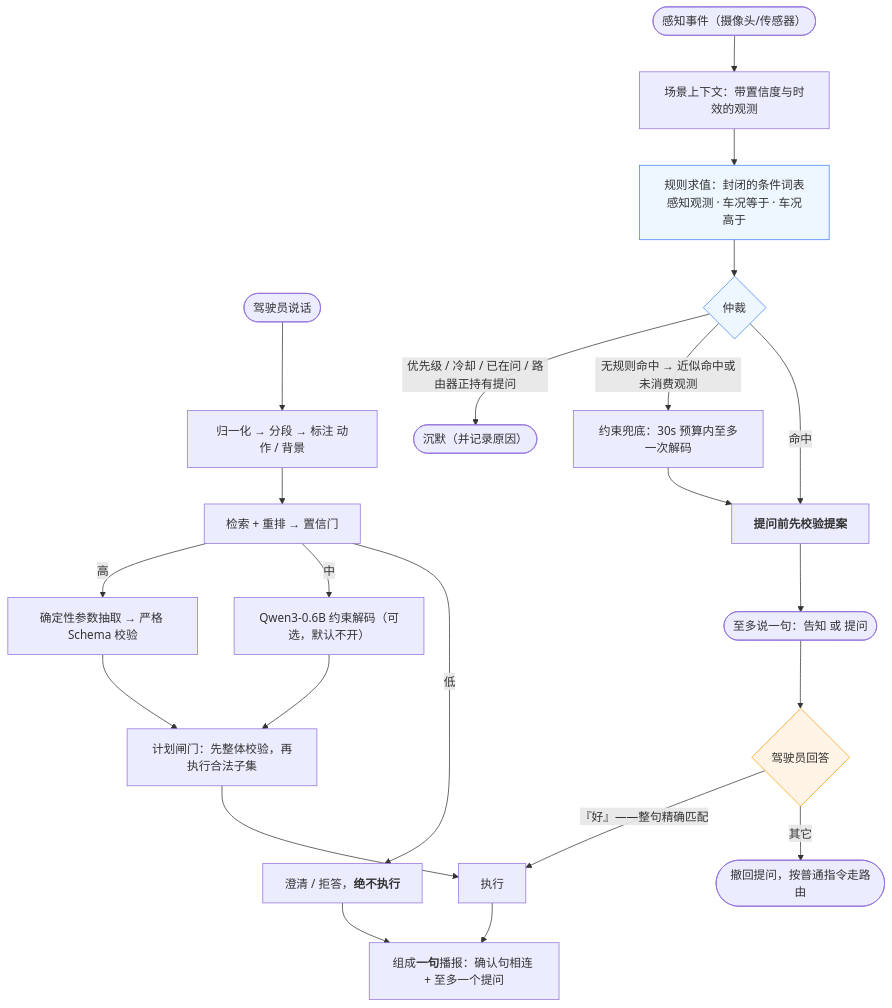
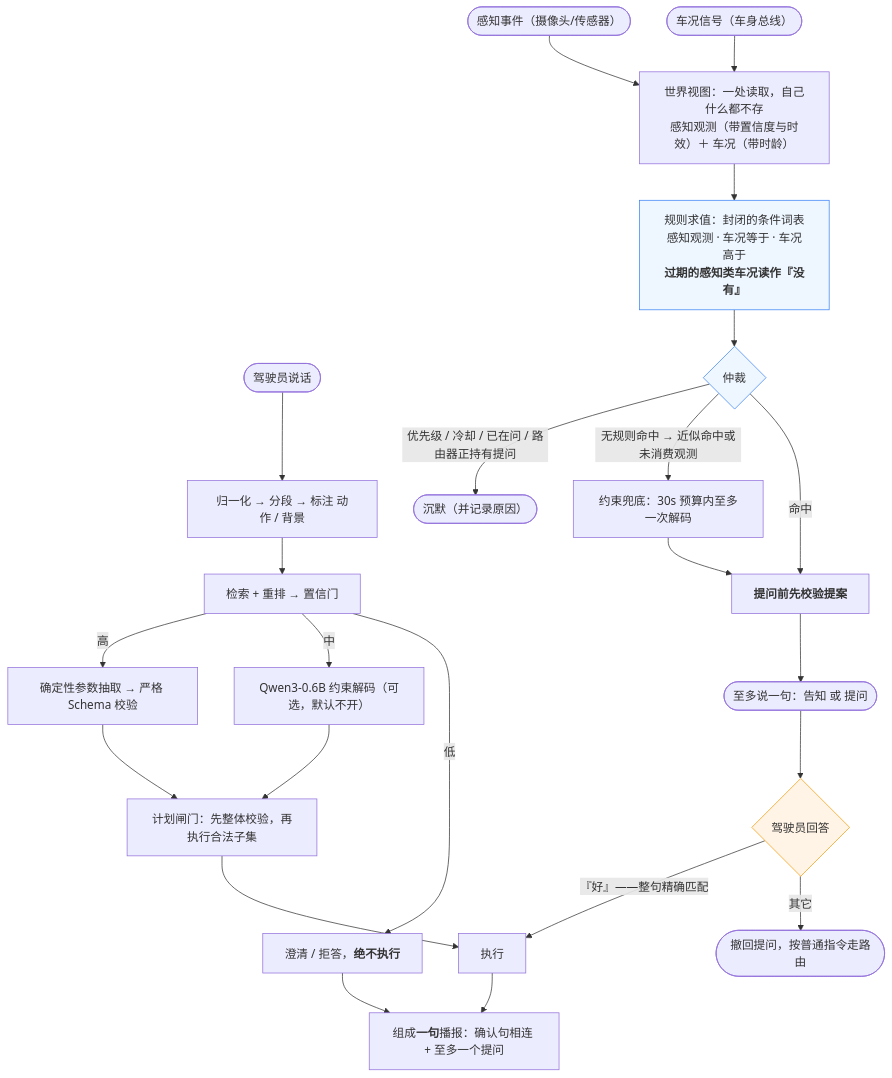
Before and after one commit to vinc-lin/text-to-function: the second of 2 diagrams in docs/OVERVIEW.zh.md, drawn with Mermaid. The commit also changed other lines of this file and 3 other files, not shown here.

````diff
--- a/docs/OVERVIEW.zh.md
+++ b/docs/OVERVIEW.zh.md
@@ -54,29 +54,31 @@
 ```mermaid
 flowchart TB
     U(["驾驶员说话"]) --> A["归一化 → 分段 → 标注 动作 / 背景"]
     A --> B["检索 + 重排 → 置信门"]
     B -->|高| C["确定性参数抽取 → 严格 Schema 校验"]
     B -->|中| D["Qwen3-0.6B 约束解码（可选，默认不开）"]
     B -->|低| Q["澄清 / 拒答，<b>绝不执行</b>"]
     C --> P["计划闸门：先整体校验，再执行合法子集"]
     D --> P
     P --> X["执行"]
     X --> RP["组成<b>一句</b>播报：确认句相连 + 至多一个提问"]
     Q --> RP
 
-    S1(["感知事件（摄像头/传感器）"]) --> S2["场景上下文：带置信度与时效的观测"]
-    S2 --> S3["规则求值：封闭的条件词表<br/>感知观测 · 车况等于 · 车况高于"]
+    S1(["感知事件（摄像头/传感器）"]) --> S2
+    S1B(["车况信号（车身总线）"]) --> S2
+    S2["世界视图：一处读取，自己什么都不存<br/>感知观测（带置信度与时效）＋ 车况（带时龄）"]
+    S2 --> S3["规则求值：封闭的条件词表<br/>感知观测 · 车况等于 · 车况高于<br/><b>过期的感知类车况读作『没有』</b>"]
     S3 --> S4{"仲裁"}
     S4 -->|"优先级 / 冷却 / 已在问 / 路由器正持有提问"| S5(["沉默（并记录原因）"])
     S4 -->|"无规则命中 → 近似命中或未消费观测"| S6["约束兜底：30s 预算内至多一次解码"]
     S4 -->|命中| S7["<b>提问前先校验提案</b>"]
     S6 --> S7
     S7 --> S8(["至多说一句：告知 或 提问"])
     S8 --> S9{"驾驶员回答"}
     S9 -->|"『好』——整句精确匹配"| X
     S9 -->|其它| Q9(["撤回提问，按普通指令走路由"])
 
     style S3 fill:#eef6ff,stroke:#3b82f6
     style S4 fill:#eef6ff,stroke:#3b82f6
     style S9 fill:#fff4e6,stroke:#f59e0b
 ```
````
